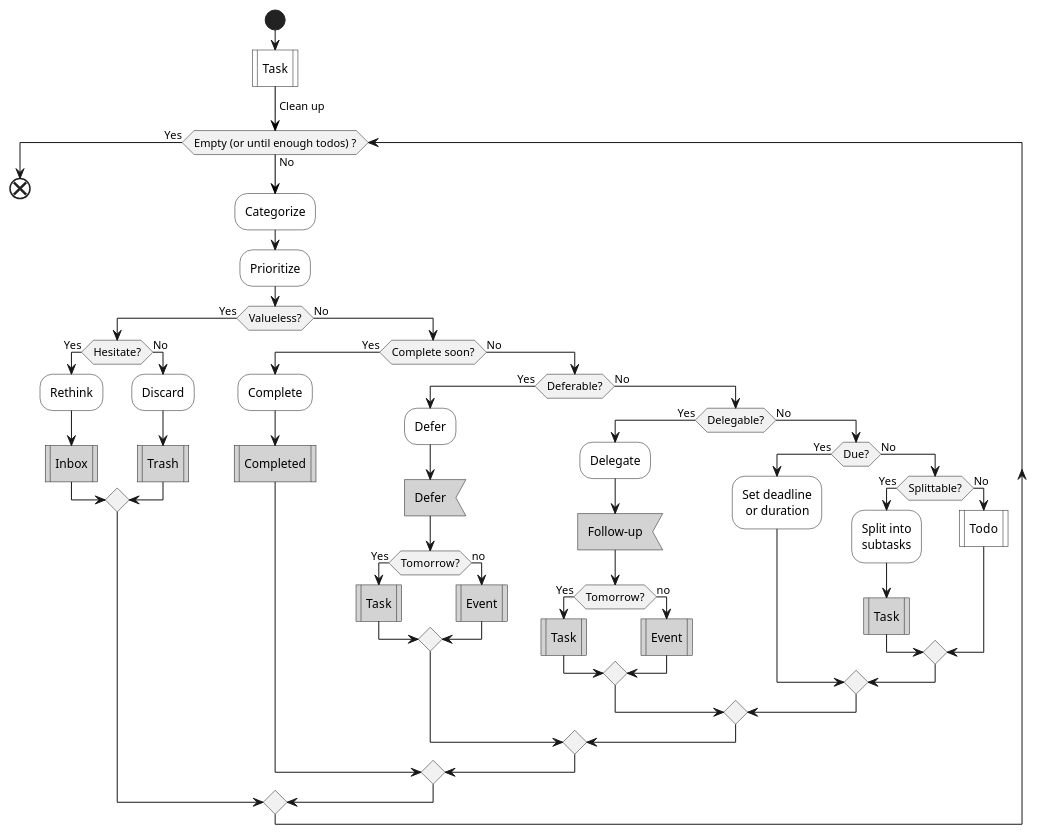
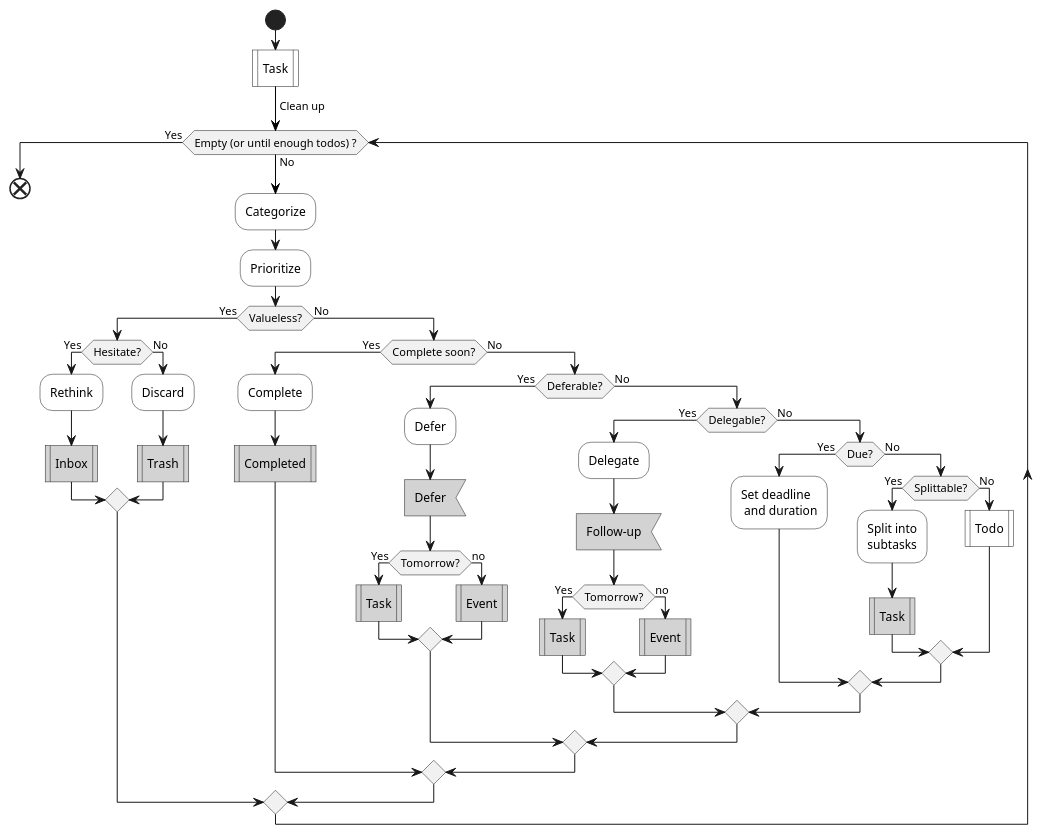
The second of 6 diagrams in snips/principles/gtd.md (IceHe/icehe-lib), drawn with PlantUML before and after one commit. The commit also changed other lines of this file and 1 other file, not shown here.

Commit message:
2020-12-20 00:39:32 Sun

````diff
--- a/snips/principles/gtd.md
+++ b/snips/principles/gtd.md
@@ -87,58 +87,58 @@
 ```plantuml
 @startuml
 start
 #white:Task|
 -[#black]-> Clean up;
 while (Empty (or until enough todos) ?) is (No)
     #white:Categorize;
     #white:Prioritize;
     if (Valueless?) then (Yes)
         if (Hesitate?) then (Yes)
             #white:Rethink;
             #lightGray:Inbox|
         else (No)
             #white:Discard;
             #lightGray:Trash|
         endif
     else (No)
         if (Complete soon?) then (Yes)
             #white:Complete;
             #lightGray:Completed|
         else (No)
             if (Deferable?) then (Yes)
                 #white:Defer;
                 #lightGray:Defer<
                 if (Tomorrow?) then (Yes)
                     #lightGray:Task|
                 else (no)
                     #lightGray:Event|
                 endif
             else (No)
                 if (Delegable?) then (Yes)
                     #white:Delegate;
                     #lightGray:Follow-up<
                     if (Tomorrow?) then (Yes)
                         #lightGray:Task|
                     else (no)
                         #lightGray:Event|
                     endif
                 else (No)
                     if (Due?) then (Yes)
-                        #white:Set deadline\n or duration;
+                        #white:Set deadline\n and duration;
                     else (No)
                         if (Splittable?) then (Yes)
                             #white:Split into\nsubtasks;
                             'note right : SMART 法则
                             #lightGray:Task|
                         else (No)
                             #white:Todo|
                         endif
                     endif
                 endif
             endif
         endif
     endif
 endwhile (Yes)
 end
 @enduml
 ```
````
